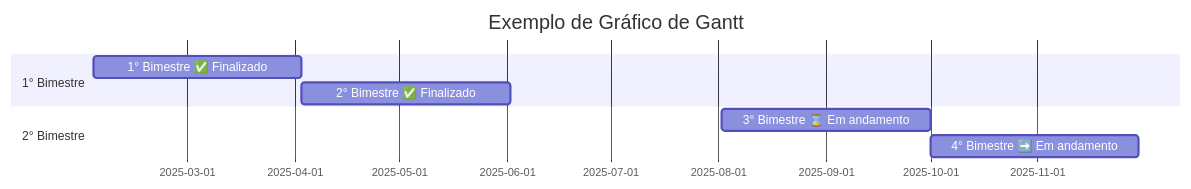
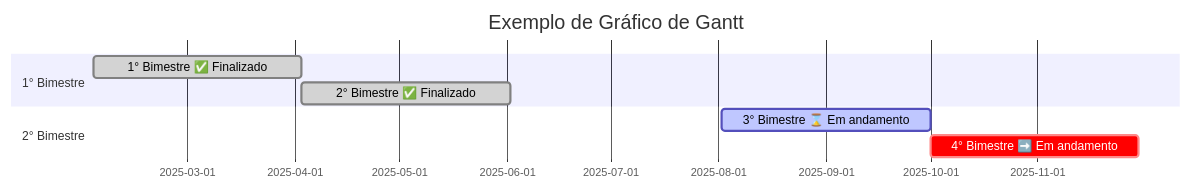
One commit to erlonviana/grafico_de_gantt changed the third of 3 diagrams in README.md. Above: the diagram before and after it, drawn with Mermaid.

````diff
--- a/README.md
+++ b/README.md
@@ -19,12 +19,12 @@
 ```mermaid
 gantt
   title Exemplo de Gráfico de Gantt
   dateFormat YYYY-MM-DD
   section 1° Bimestre
-  1° Bimestre ✅ Finalizado : a1, 2025-02-02, 60d
-  2° Bimestre ✅ Finalizado : a2, after a1, 60d
+  1° Bimestre ✅ Finalizado :done, a1, 2025-02-02, 60d
+  2° Bimestre ✅ Finalizado :done, a2, after a1, 60d
   section 2° Bimestre
-  3° Bimestre ⌛ Em andamento:a3, 2025-08-02, 60d
-  4° Bimestre ➡️ Em andamento:a4, after a3, 60d
+  3° Bimestre ⌛ Em andamento:active, a3, 2025-08-02, 60d
+  4° Bimestre ➡️ Em andamento:crit, a4, after a3, 60d
   
 ```
````
